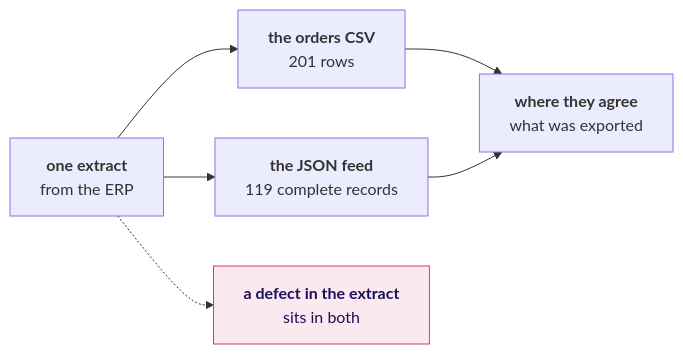
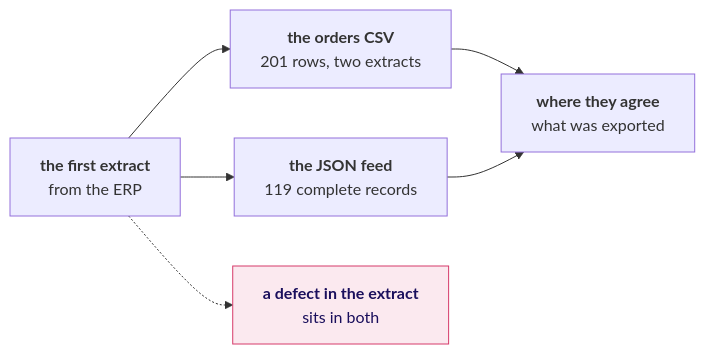
Before and after one commit to fde-academy-lab/c2-content-factory: the seventh of 23 diagrams in content/W01/D3/slides/C2_W01_D03_half1_STUDENT.md, drawn with Mermaid. The commit also changed other lines of this file and 7 other files, not shown here.

````diff
--- a/content/W01/D3/slides/C2_W01_D03_half1_STUDENT.md
+++ b/content/W01/D3/slides/C2_W01_D03_half1_STUDENT.md
@@ -417,10 +418,10 @@
 ```mermaid
 flowchart LR
-    X["<b>one extract</b><br/>from the ERP"] --> C["<b>the orders CSV</b><br/>201 rows"]
+    X["<b>the first extract</b><br/>from the ERP"] --> C["<b>the orders CSV</b><br/>201 rows, two extracts"]
     X --> J["<b>the JSON feed</b><br/>119 complete records"]
     C --> A["<b>where they agree</b><br/>what was exported"]
     J --> A
     X -.-> D["<b>a defect in the extract</b><br/>sits in both"]
     classDef bad fill:#FBE9EF,stroke:#D63A6A,color:#1A0F5C
     class D bad
 ```
````
